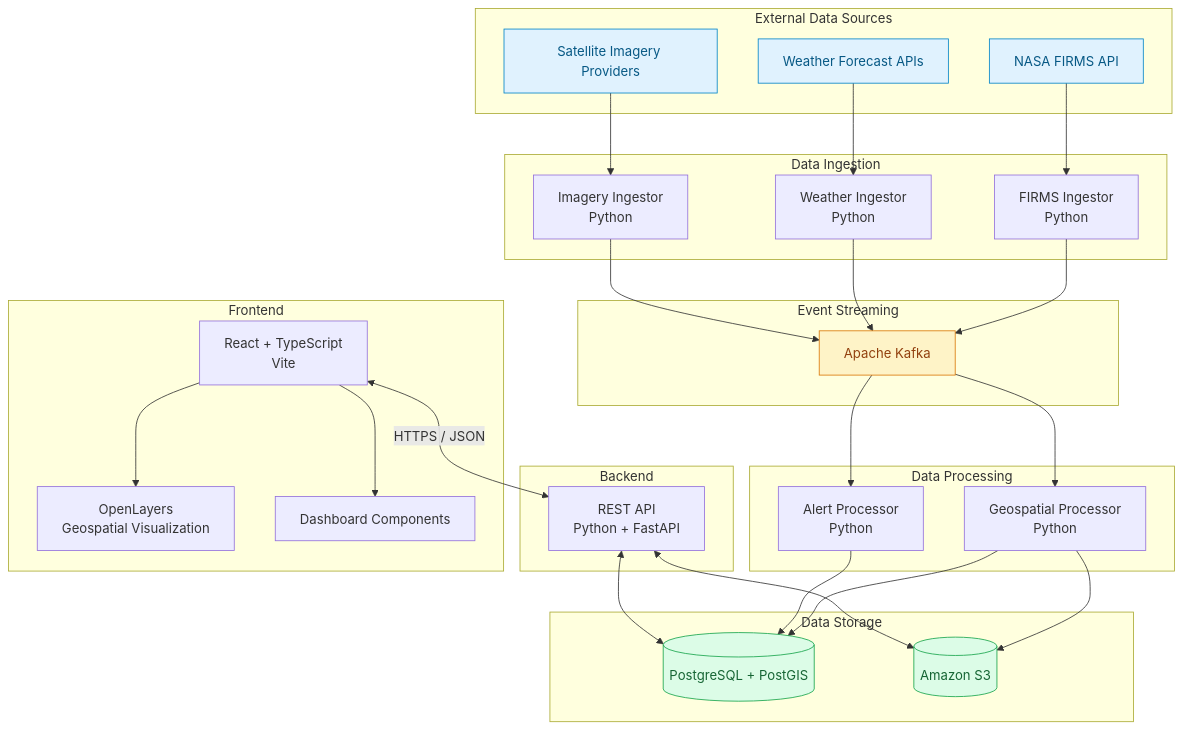
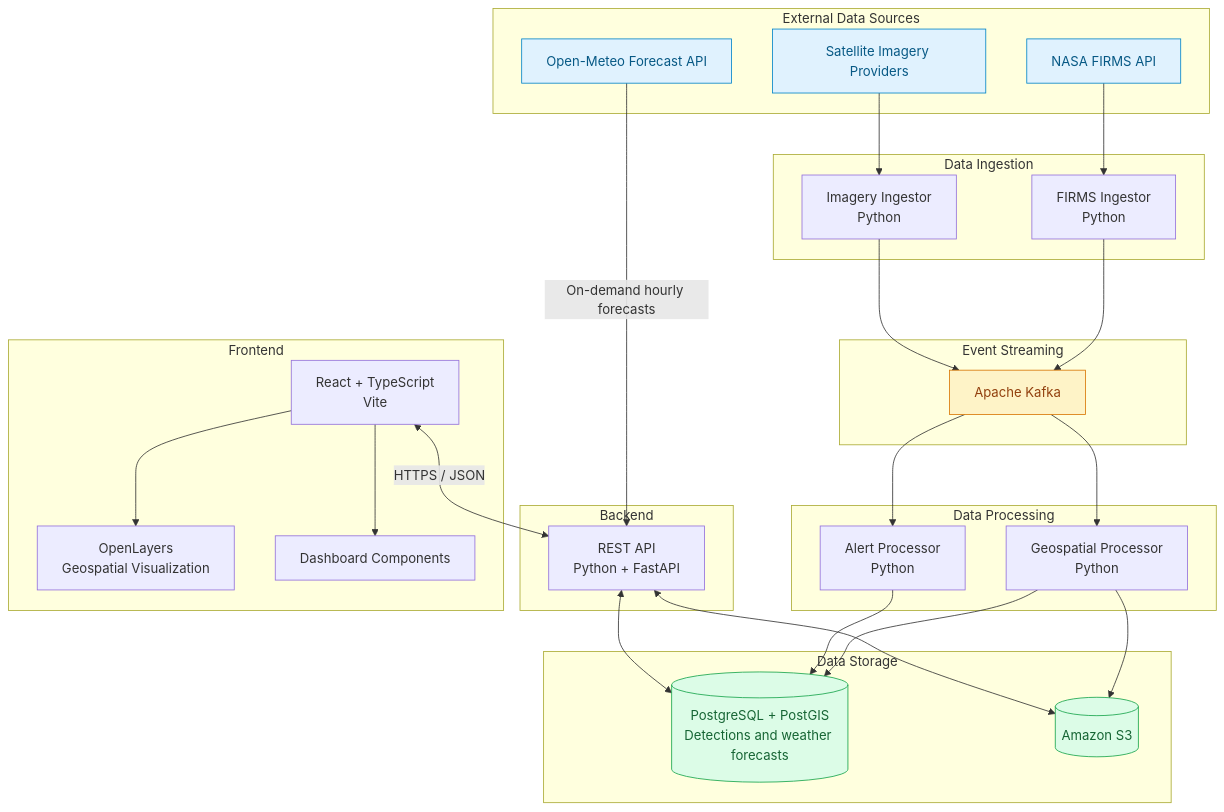
Before and after one commit to marcparaira/wildfire-intelligence-platform: the diagram in docs/architecture/high-level-architecture.md, drawn with Mermaid. The commit also changed other lines of this file and 11 other files, not shown here.

Commit message:
feat: weather forecast

````diff
--- a/docs/architecture/high-level-architecture.md
+++ b/docs/architecture/high-level-architecture.md
@@ -9,68 +9,66 @@
 ```mermaid
 flowchart TB
     subgraph External["External Data Sources"]
         FIRMS["NASA FIRMS API"]
-        WEATHER["Weather Forecast APIs"]
+        WEATHER["Open-Meteo Forecast API"]
         SAT["Satellite Imagery Providers"]
     end
 
     subgraph Ingestion["Data Ingestion"]
         FI["FIRMS Ingestor<br/>Python"]
-        WI["Weather Ingestor<br/>Python"]
         SI["Imagery Ingestor<br/>Python"]
     end
 
     subgraph Streaming["Event Streaming"]
         KAFKA["Apache Kafka"]
     end
 
     subgraph Processing["Data Processing"]
         PROC["Geospatial Processor<br/>Python"]
         ALERT["Alert Processor<br/>Python"]
     end
 
     subgraph Storage["Data Storage"]
-        DB[("PostgreSQL + PostGIS")]
+        DB[("PostgreSQL + PostGIS<br/>Detections and weather forecasts")]
         S3[("Amazon S3")]
     end
 
     subgraph Backend["Backend"]
         API["REST API<br/>Python + FastAPI"]
     end
 
     subgraph Frontend["Frontend"]
         UI["React + TypeScript<br/>Vite"]
         MAP["OpenLayers<br/>Geospatial Visualization"]
         DASH["Dashboard Components"]
         UI --> MAP
         UI --> DASH
     end
 
     FIRMS --> FI
-    WEATHER --> WI
     SAT --> SI
 
     FI --> KAFKA
-    WI --> KAFKA
     SI --> KAFKA
 
     KAFKA --> PROC
     KAFKA --> ALERT
 
     PROC --> DB
     PROC --> S3
     ALERT --> DB
 
     API <--> DB
     API <--> S3
+    WEATHER -->|"On-demand hourly forecasts"| API
 
     UI <-->|HTTPS / JSON| API
 
     classDef external fill:#e0f2fe,stroke:#0284c7,color:#075985
     classDef streaming fill:#fef3c7,stroke:#d97706,color:#92400e
     classDef data fill:#dcfce7,stroke:#16a34a,color:#166534
 
     class FIRMS,WEATHER,SAT external
     class KAFKA streaming
     class DB,S3 data
 ```
````
